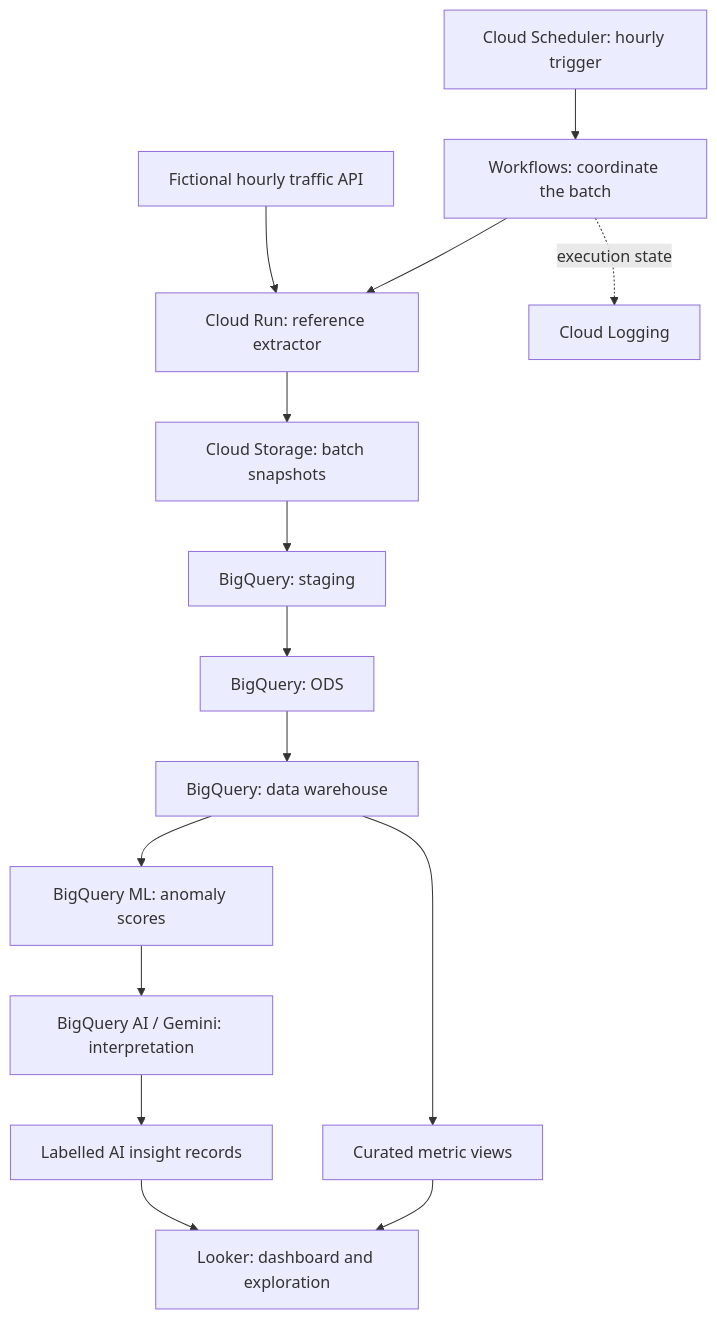
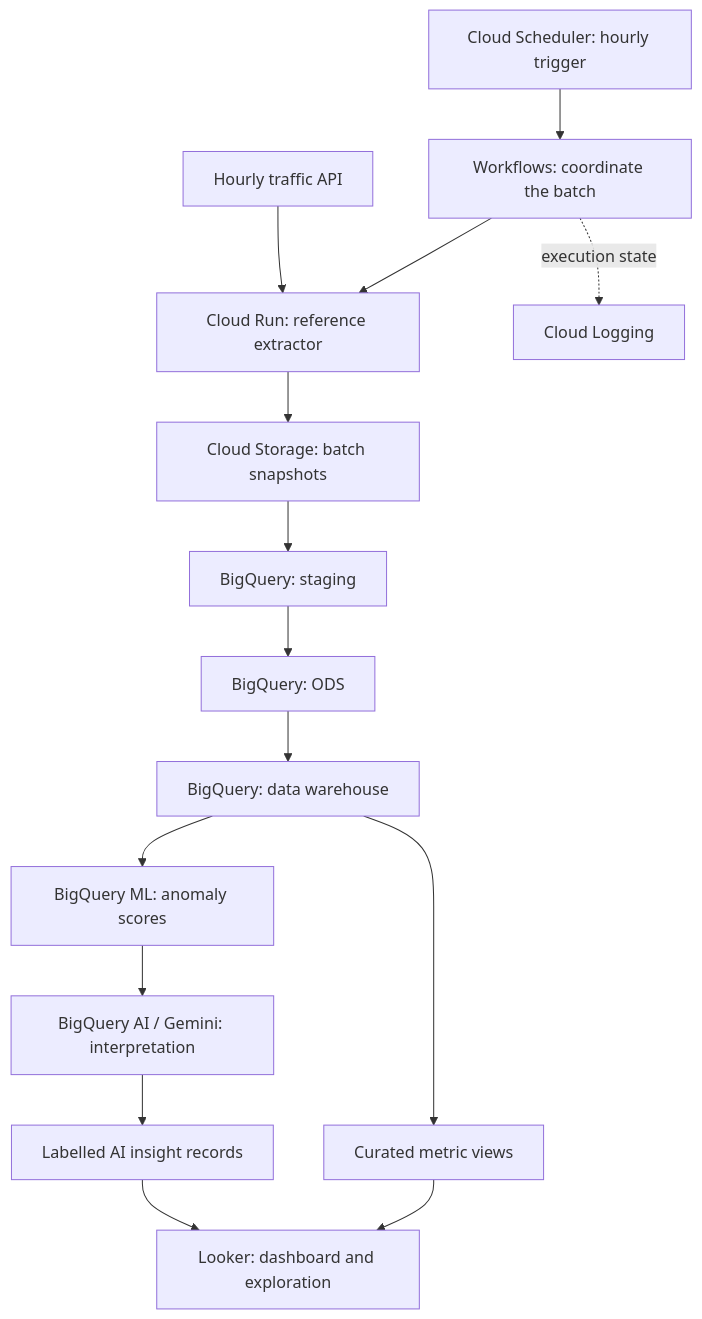
Before and after one commit to MahdiHajjHassan/MahdiHajjHassan: the diagram in projects/gcp-data-pipeline/README.md, drawn with Mermaid. The commit also changed other lines of this file and 31 other files, not shown here.

````diff
--- a/projects/gcp-data-pipeline/README.md
+++ b/projects/gcp-data-pipeline/README.md
@@ -47,17 +41,17 @@
 ```mermaid
 flowchart TB
   Schedule["Cloud Scheduler: hourly trigger"] --> Flow["Workflows: coordinate the batch"]
   Flow --> Extract["Cloud Run: reference extractor"]
-  API["Fictional hourly traffic API"] --> Extract
+  API["Hourly traffic API"] --> Extract
   Extract --> Raw["Cloud Storage: batch snapshots"]
   Raw --> Staging["BigQuery: staging"]
   Staging --> ODS["BigQuery: ODS"]
   ODS --> Warehouse["BigQuery: data warehouse"]
   Warehouse --> Model["BigQuery ML: anomaly scores"]
   Model --> Explain["BigQuery AI / Gemini: interpretation"]
   Warehouse --> Metrics["Curated metric views"]
   Explain --> Insights["Labelled AI insight records"]
   Metrics --> Dashboard["Looker: dashboard and exploration"]
   Insights --> Dashboard
   Flow -. "execution state" .-> Logs["Cloud Logging"]
 ```
````
